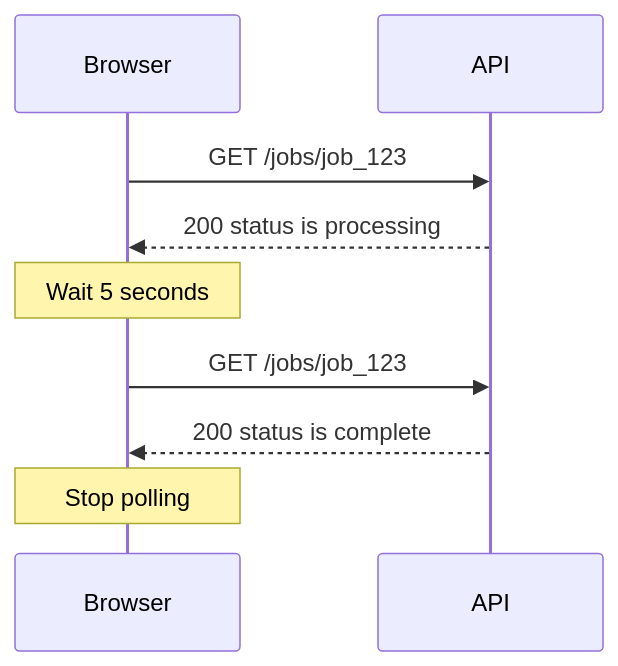
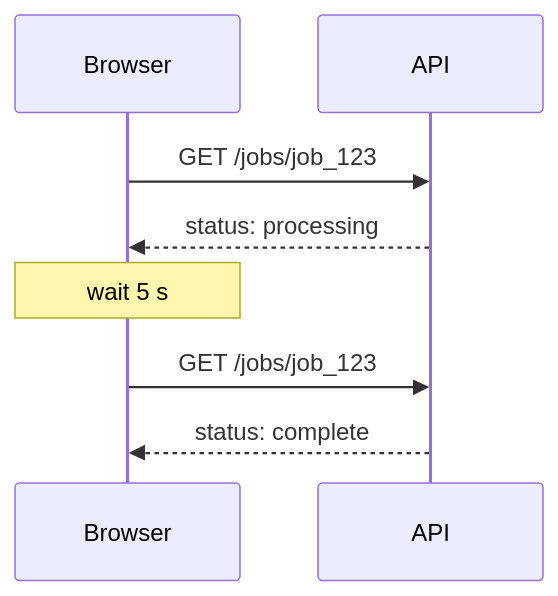
Before and after one commit to alanqi03/sys-design: the first of 3 diagrams in connection-protocols/polling.md, drawn with Mermaid. The commit also changed other lines of this file and 6 other files, not shown here.

````diff
--- a/connection-protocols/polling.md
+++ b/connection-protocols/polling.md
@@ -23,11 +22,10 @@
 ```{mermaid}
 sequenceDiagram
   participant B as Browser
   participant A as API
   B->>A: GET /jobs/job_123
-  A-->>B: 200 status is processing
-  Note over B: Wait 5 seconds
+  A-->>B: status: processing
+  Note over B: wait 5 s
   B->>A: GET /jobs/job_123
-  A-->>B: 200 status is complete
-  Note over B: Stop polling
+  A-->>B: status: complete
 ```
````
